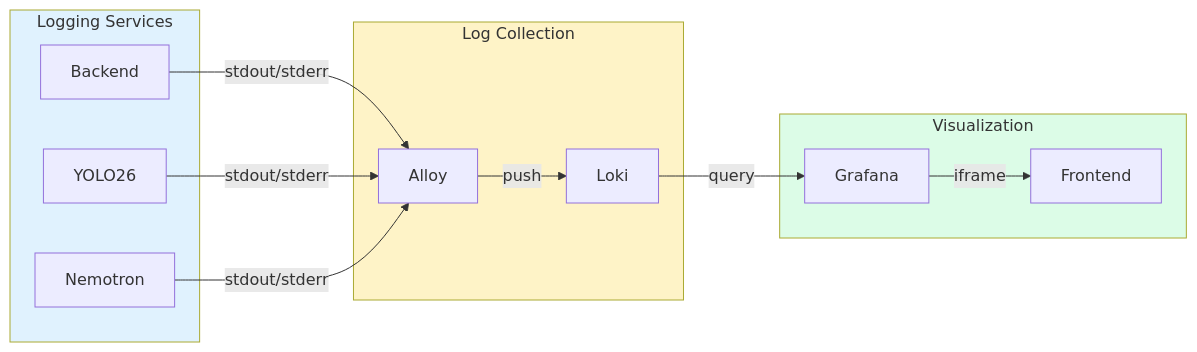
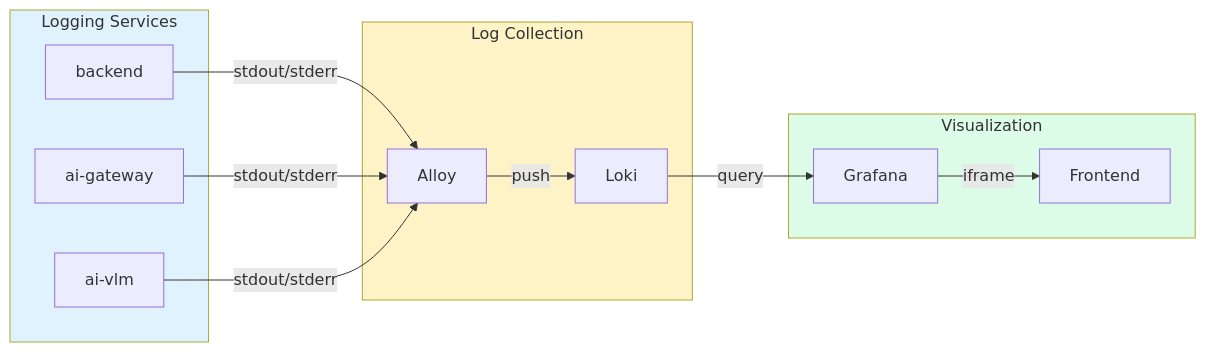
One commit to mikesvoboda/nemotron-v3-home-security-intelligence changed the diagram in docs/ui/logs.md. Above: the diagram before and after it, drawn with Mermaid. The commit also changed other lines of this file and 231 other files, not shown here.

````diff
--- a/docs/ui/logs.md
+++ b/docs/ui/logs.md
@@ -225,29 +248,29 @@
 ```mermaid
 flowchart LR
     subgraph Services["Logging Services"]
-        B[Backend]
-        R[YOLO26]
-        N[Nemotron]
+        B[backend]
+        GW[ai-gateway]
+        V[ai-vlm]
     end
 
     subgraph Collection["Log Collection"]
         A[Alloy]
         L[Loki]
     end
 
     subgraph Visualization["Visualization"]
         G[Grafana]
         F[Frontend]
     end
 
     B -->|stdout/stderr| A
-    R -->|stdout/stderr| A
-    N -->|stdout/stderr| A
+    GW -->|stdout/stderr| A
+    V -->|stdout/stderr| A
     A -->|push| L
     L -->|query| G
     G -->|iframe| F
 
     style Services fill:#e0f2fe
     style Collection fill:#fef3c7
     style Visualization fill:#dcfce7
 ```
````
